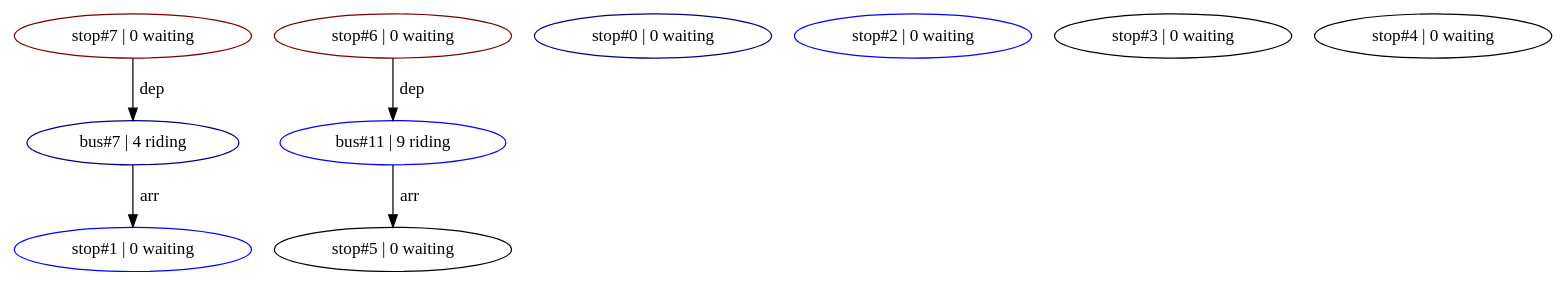
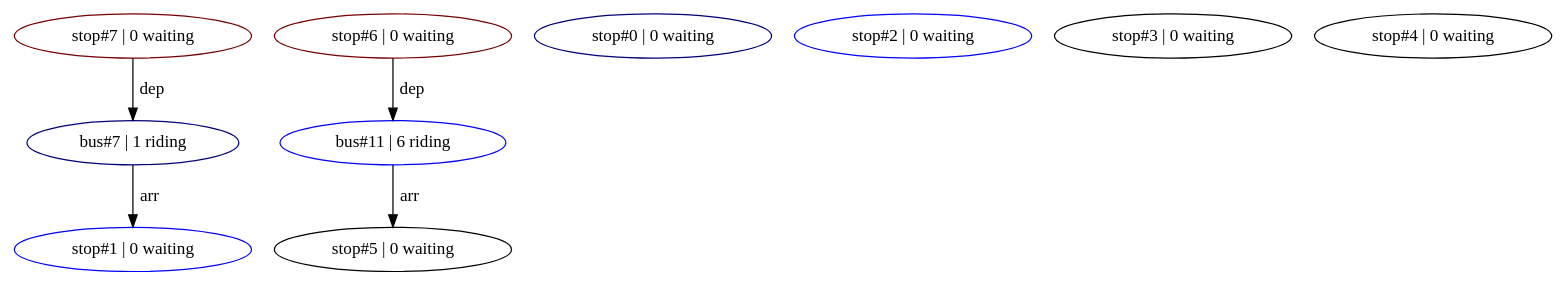
Before and after one commit to spmatthews03/MARTA: the diagram in bin/mts_digraph.dot, drawn with Graphviz. The commit also changed 2 other files, not shown here.

```diff
--- a/bin/mts_digraph.dot
+++ b/bin/mts_digraph.dot
@@ -1,19 +1,19 @@
 digraph G
 {
-  bus7 [ label="bus#7 | 4 riding", color="#000077"];
-  bus11 [ label="bus#11 | 9 riding", color="#0000FF"];
+  bus7 [ label="bus#7 | 1 riding", color="#000077"];
+  bus11 [ label="bus#11 | 6 riding", color="#0000FF"];
 
   stop0 [ label="stop#0 | 0 waiting", color="#000077"];
   stop1 [ label="stop#1 | 0 waiting", color="#0000FF"];
   stop2 [ label="stop#2 | 0 waiting", color="#0000FF"];
   stop3 [ label="stop#3 | 0 waiting", color="#000000"];
   stop4 [ label="stop#4 | 0 waiting", color="#000000"];
   stop5 [ label="stop#5 | 0 waiting", color="#000000"];
   stop6 [ label="stop#6 | 0 waiting", color="#770000"];
   stop7 [ label="stop#7 | 0 waiting", color="#770000"];
 
   stop7 -> bus7 [ label=" dep" ];
   bus7 -> stop1 [ label=" arr" ];
   stop6 -> bus11 [ label=" dep" ];
   bus11 -> stop5 [ label=" arr" ];
 }
```
